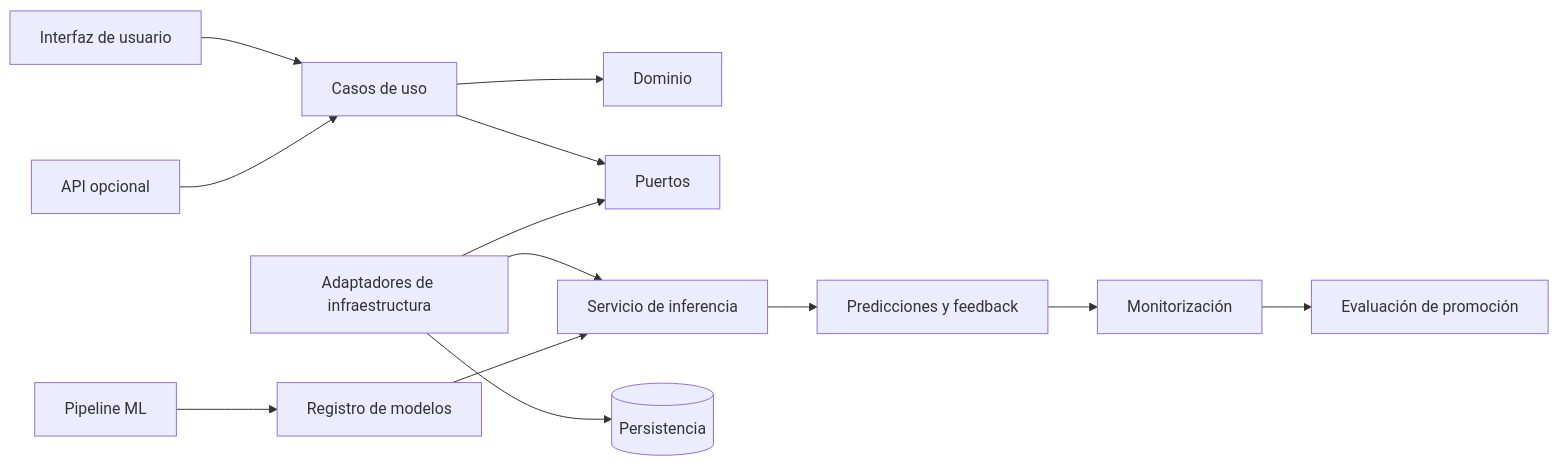
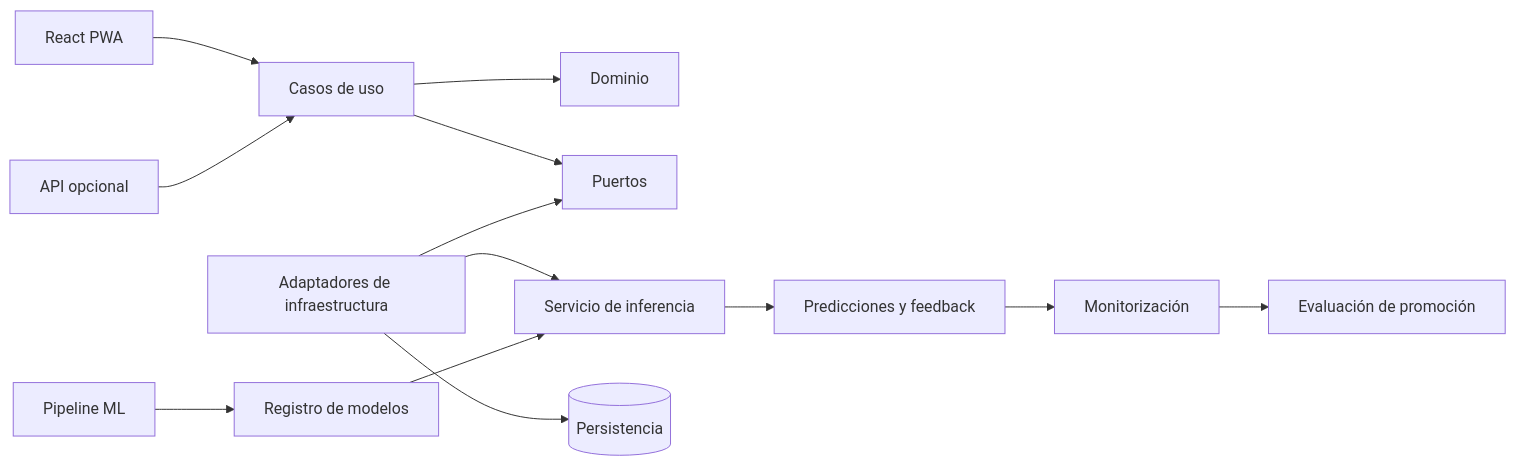
The diagram in docs/architecture/system_blueprint.md (Bootcamp-IA-MAD-P7/Proyecto6-Grupo1), drawn with Mermaid before and after one commit. The commit also changed other lines of this file and 20 other files, not shown here.

````diff
--- a/docs/architecture/system_blueprint.md
+++ b/docs/architecture/system_blueprint.md
@@ -9,15 +9,15 @@
 ```mermaid
 flowchart LR
-    UI[Interfaz de usuario] --> APP[Casos de uso]
+    UI[React PWA] --> APP[Casos de uso]
     API[API opcional] --> APP
     APP --> DOMAIN[Dominio]
     APP --> PORTS[Puertos]
     ADAPTERS[Adaptadores de infraestructura] --> PORTS
     ADAPTERS --> MODEL[Servicio de inferencia]
     ADAPTERS --> DB[(Persistencia)]
     ML[Pipeline ML] --> REGISTRY[Registro de modelos]
     REGISTRY --> MODEL
     MODEL --> EVENTS[Predicciones y feedback]
     EVENTS --> MONITOR[Monitorización]
     MONITOR --> PROMOTION[Evaluación de promoción]
 ```
````
